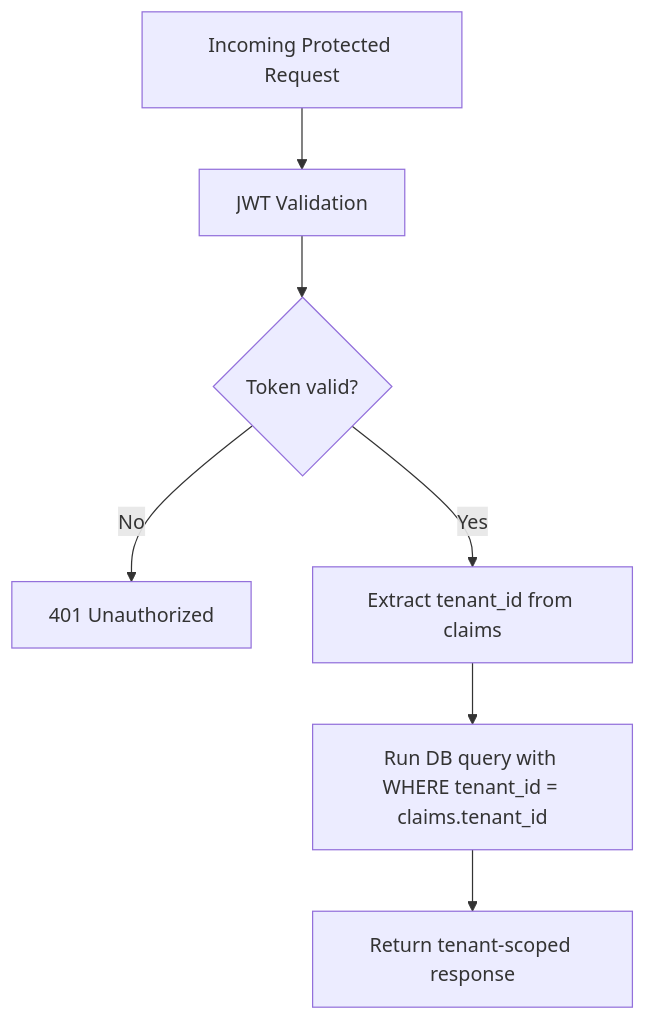
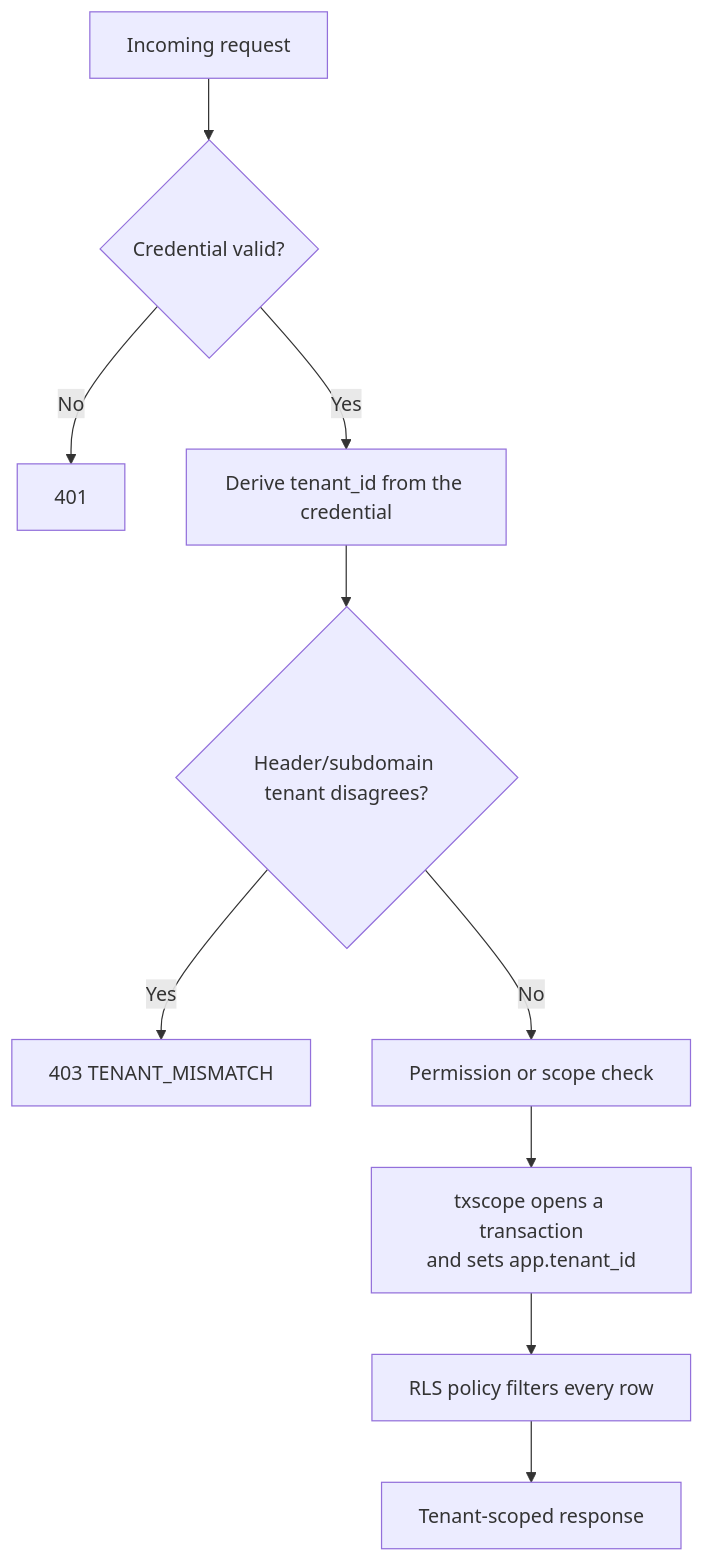
Before and after one commit to satyamsingh5512/Saas-Backend: the third of 3 diagrams in README.md, drawn with Mermaid. The commit also changed other lines of this file, not shown here.

````diff
--- a/README.md
+++ b/README.md
@@ -65,9 +98,12 @@
 ```mermaid
 flowchart TD
-      T[Incoming Protected Request] --> J[JWT Validation]
-      J --> C{Token valid?}
-      C -- No --> X[401 Unauthorized]
-      C -- Yes --> CL[Extract tenant_id from claims]
-      CL --> Q[Run DB query with WHERE tenant_id = claims.tenant_id]
-      Q --> R[Return tenant-scoped response]
+      R[Incoming request] --> A{Credential valid?}
+      A -- No --> X401[401]
+      A -- Yes --> B[Derive tenant_id from the credential]
+      B --> C{Header/subdomain tenant disagrees?}
+      C -- Yes --> X403[403 TENANT_MISMATCH]
+      C -- No --> D[Permission or scope check]
+      D --> E[txscope opens a transaction<br/>and sets app.tenant_id]
+      E --> F[RLS policy filters every row]
+      F --> G[Tenant-scoped response]
 ```
````
